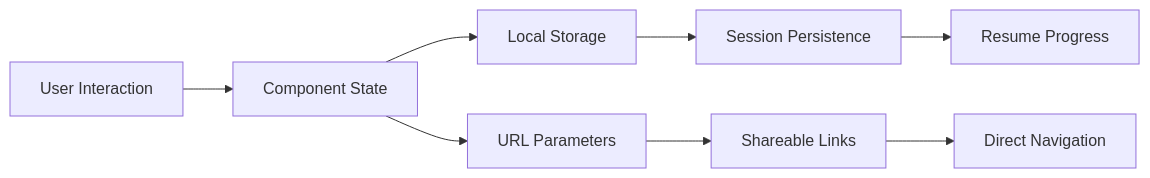
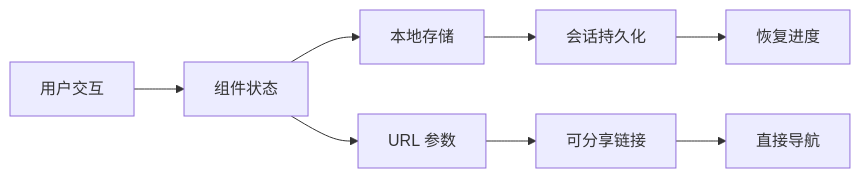
Before and after one commit to zengsun/slidev-js-es6: the third of 4 diagrams in .qoder/quests/create-javascript-es11-presentation.md, drawn with Mermaid. The commit also changed other lines of this file and 20 other files, not shown here.

````diff
--- a/.qoder/quests/create-javascript-es11-presentation.md
+++ b/.qoder/quests/create-javascript-es11-presentation.md
@@ -277,12 +283,12 @@
 ```mermaid
 graph LR
-    A[User Interaction] --> B[Component State]
-    B --> C[Local Storage]
-    B --> D[URL Parameters]
+    A[用户交互] --> B[组件状态]
+    B --> C[本地存储]
+    B --> D[URL 参数]
     
-    C --> E[Session Persistence]
-    D --> F[Shareable Links]
+    C --> E[会话持久化]
+    D --> F[可分享链接]
     
-    E --> G[Resume Progress]
-    F --> H[Direct Navigation]
+    E --> G[恢复进度]
+    F --> H[直接导航]
 ```
````
